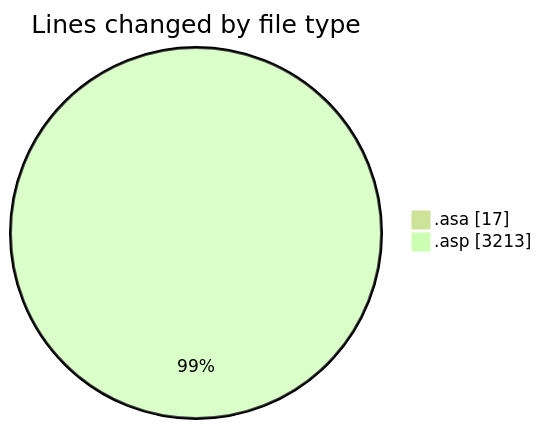
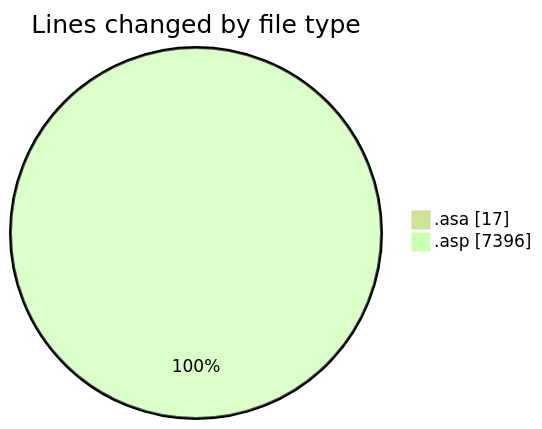
One commit to julien-gomy/code-tracking changed the first of 2 diagrams in 2025-11-06/usr_aleoudev_fr__workspace_/README.md. Above: the diagram before and after it, drawn with Mermaid (forest theme). The commit also changed other lines of this file and 1 other file, not shown here.

````diff
--- a/2025-11-06/usr_aleoudev_fr__workspace_/README.md
+++ b/2025-11-06/usr_aleoudev_fr__workspace_/README.md
@@ -22,6 +24,6 @@
 ```mermaid
 pie showData
 title Lines changed by file type
 ".asa" : 17
-".asp" : 3213
+".asp" : 7396
 ```
````
